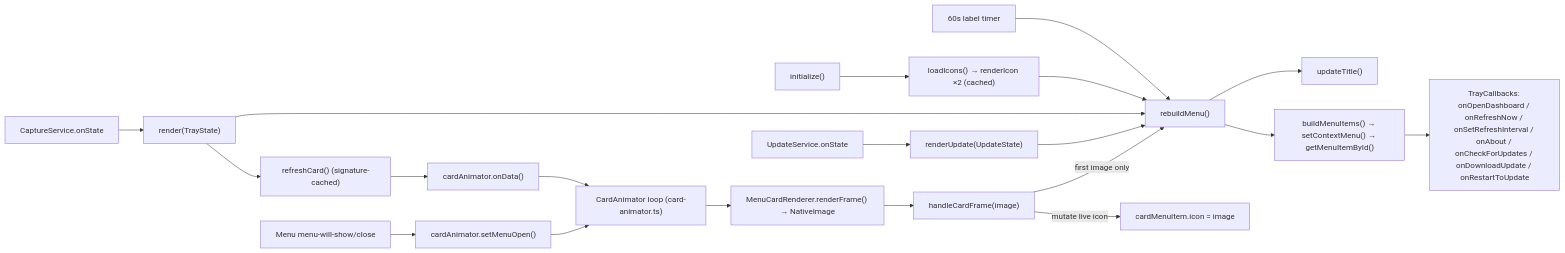
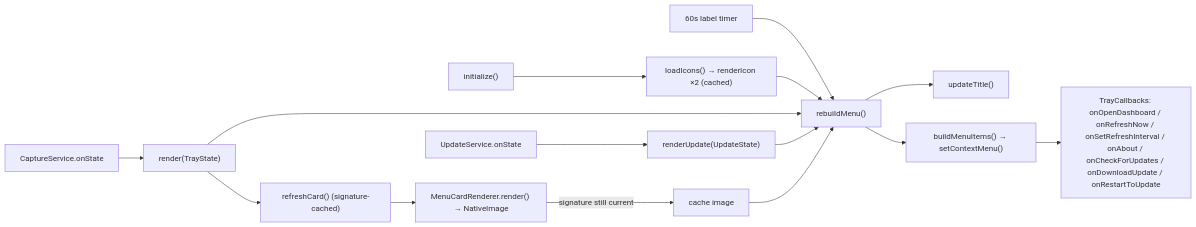
The diagram in docs/modules/tray.md (tangentlin/burnbar), drawn with Mermaid before and after one commit. The commit also changed other lines of this file and 22 other files, not shown here.

````diff
--- a/docs/modules/tray.md
+++ b/docs/modules/tray.md
@@ -53,22 +52,17 @@
 ```mermaid
 flowchart LR
     svc["CaptureService.onState"] --> render["render(TrayState)"]
     upd["UpdateService.onState"] --> renderUpd["renderUpdate(UpdateState)"]
     timer["60s label timer"] --> rebuild["rebuildMenu()"]
     init["initialize()"] --> icons["loadIcons() → renderIcon ×2 (cached)"]
     icons --> rebuild
     render --> rebuild
     renderUpd --> rebuild
     render --> refresh["refreshCard() (signature-cached)"]
-    refresh --> animator["cardAnimator.onData()"]
-    menuEvents["Menu menu-will-show/close"] --> setOpen["cardAnimator.setMenuOpen()"]
-    animator --> loop["CardAnimator loop (card-animator.ts)"]
-    setOpen --> loop
-    loop --> frame["MenuCardRenderer.renderFrame() → NativeImage"]
-    frame --> handleFrame["handleCardFrame(image)"]
-    handleFrame -->|mutate live icon| liveIcon["cardMenuItem.icon = image"]
-    handleFrame -->|first image only| rebuild
+    refresh --> cardRender["MenuCardRenderer.render() → NativeImage"]
+    cardRender -->|"signature still current"| cacheImg["cache image"]
+    cacheImg --> rebuild
     rebuild --> title["updateTitle()"]
-    rebuild --> menu["buildMenuItems() → setContextMenu() → getMenuItemById()"]
+    rebuild --> menu["buildMenuItems() → setContextMenu()"]
     menu --> cbs["TrayCallbacks: onOpenDashboard / onRefreshNow / onSetRefreshInterval / onAbout / onCheckForUpdates / onDownloadUpdate / onRestartToUpdate"]
 ```
````
